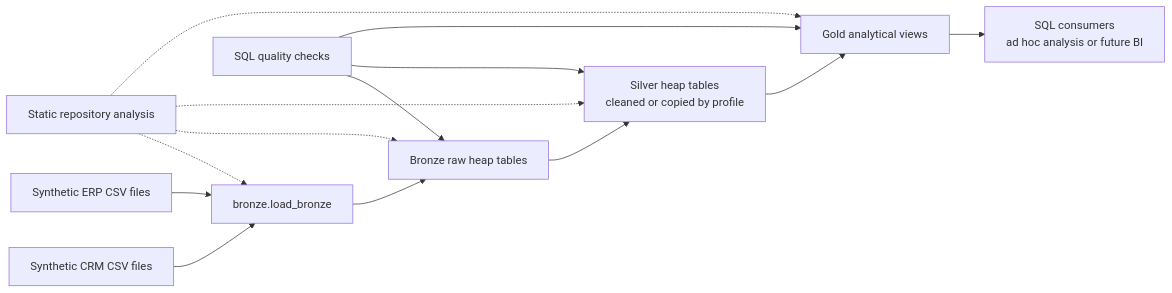
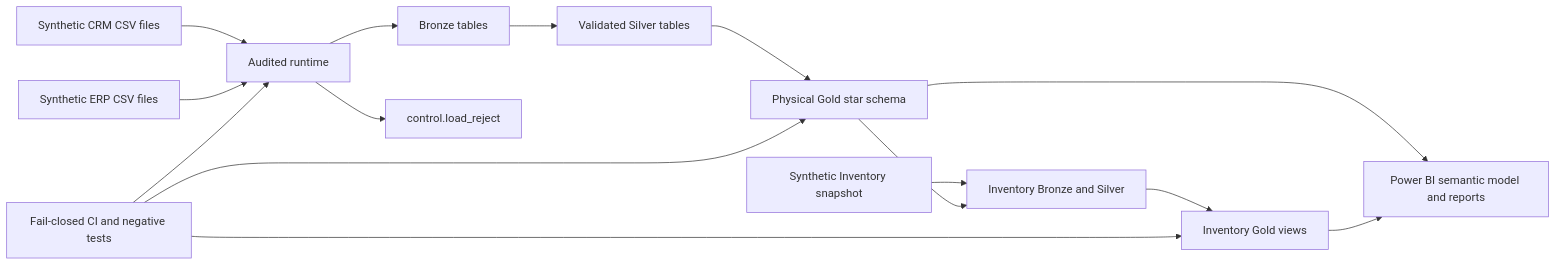
One commit to KonstantinData/SQL-Data-Warehouse changed the first of 2 diagrams in docs/architecture/system_architecture.md. Above: the diagram before and after it, drawn with Mermaid. The commit also changed other lines of this file and 61 other files, not shown here.

````diff
--- a/docs/architecture/system_architecture.md
+++ b/docs/architecture/system_architecture.md
@@ -13,16 +9,17 @@
 ```mermaid
 flowchart LR
-    CRM["Synthetic CRM CSV files"] --> LOAD["bronze.load_bronze"]
-    ERP["Synthetic ERP CSV files"] --> LOAD
-    LOAD --> B["Bronze raw heap tables"]
-    B --> S["Silver heap tables<br>cleaned or copied by profile"]
-    S --> G["Gold analytical views"]
-    G --> Q["SQL consumers<br>ad hoc analysis or future BI"]
-    TEST["SQL quality checks"] --> B
-    TEST --> S
-    TEST --> G
-    STATIC["Static repository analysis"] -.-> LOAD
-    STATIC -.-> B
-    STATIC -.-> S
-    STATIC -.-> G
+    CRM["Synthetic CRM CSV files"] --> RT["Audited runtime"]
+    ERP["Synthetic ERP CSV files"] --> RT
+    RT --> B["Bronze tables"]
+    RT --> Q["control.load_reject"]
+    B --> S["Validated Silver tables"]
+    S --> G["Physical Gold star schema"]
+    INV["Synthetic Inventory snapshot"] --> IB["Inventory Bronze and Silver"]
+    G --> IB
+    IB --> IV["Inventory Gold views"]
+    G --> PBI["Power BI semantic model and reports"]
+    IV --> PBI
+    CI["Fail-closed CI and negative tests"] --> RT
+    CI --> G
+    CI --> IV
 ```
````
